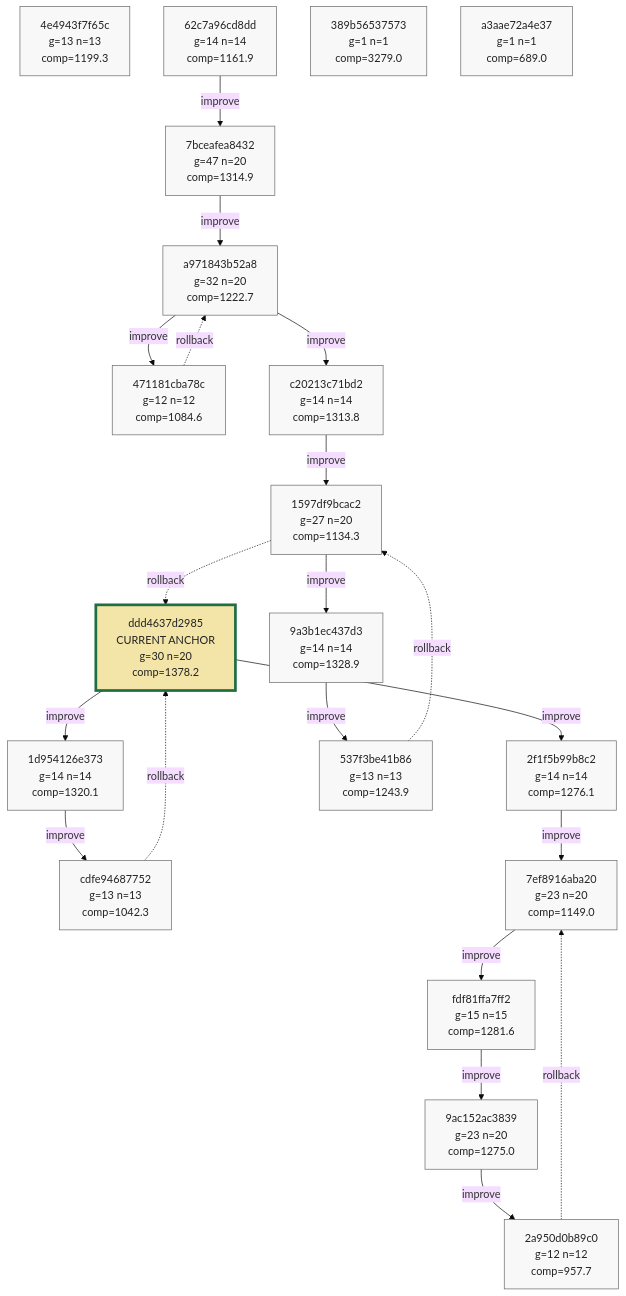
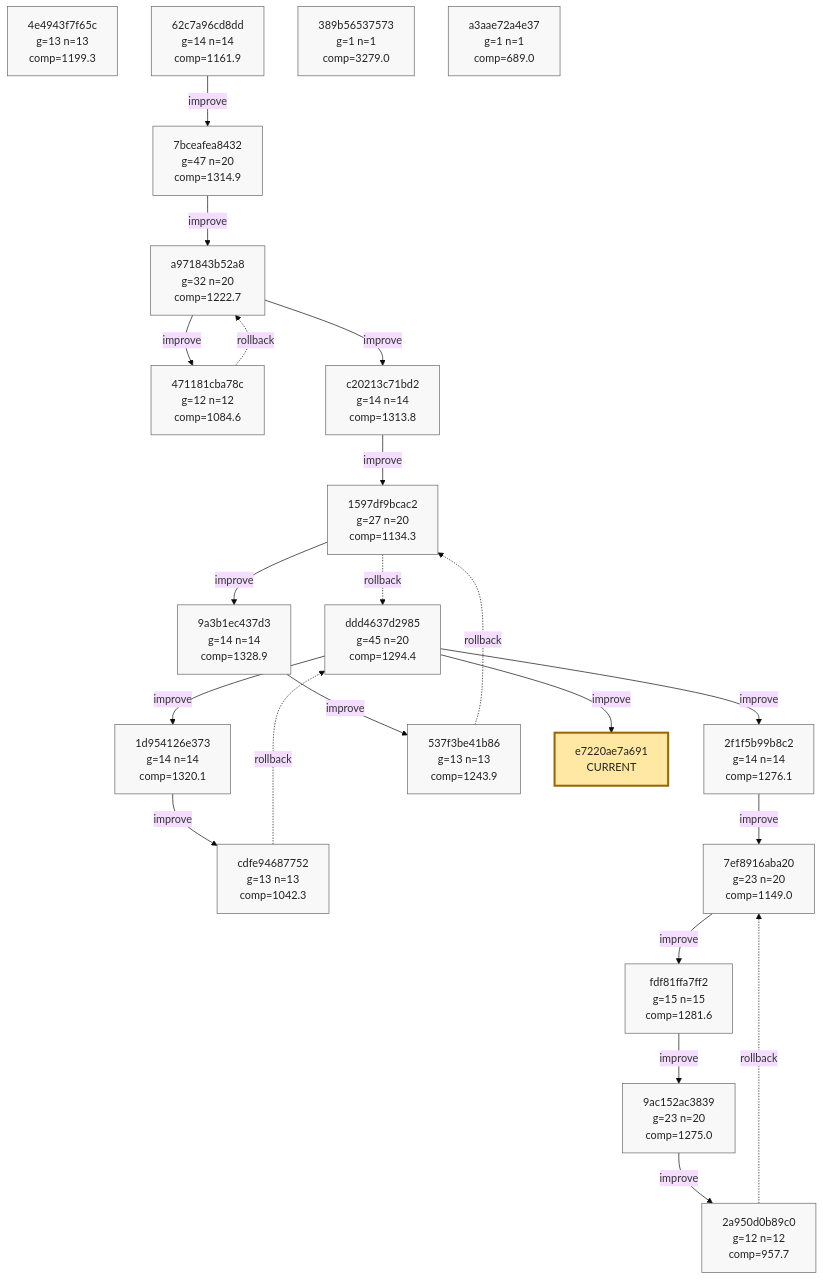
One commit to azumag/soviet_now changed the ninth of 9 diagrams in phyrogenetic-tree.md. Above: the diagram before and after it, drawn with Mermaid (base theme). The commit also changed other lines of this file and 2 other files, not shown here.

Commit message:
eloop Improve after 12 games (scores: 1470 1161 1264 1996 942 505 2300 1288 1531 2089 1165 1836)

````diff
--- a/phyrogenetic-tree.md
+++ b/phyrogenetic-tree.md
@@ -2231,67 +2232,70 @@
 ```mermaid
 flowchart TD
     h_4e4943f7f65c["4e4943f7f65c<br/>g=13 n=13<br/>comp=1199.3"]
-    h_ddd4637d2985["ddd4637d2985<br/>CURRENT ANCHOR<br/>g=30 n=20<br/>comp=1378.2"]
+    h_ddd4637d2985["ddd4637d2985<br/>g=45 n=20<br/>comp=1294.4"]
     h_1d954126e373["1d954126e373<br/>g=14 n=14<br/>comp=1320.1"]
     h_cdfe94687752["cdfe94687752<br/>g=13 n=13<br/>comp=1042.3"]
     h_2f1f5b99b8c2["2f1f5b99b8c2<br/>g=14 n=14<br/>comp=1276.1"]
     h_7ef8916aba20["7ef8916aba20<br/>g=23 n=20<br/>comp=1149.0"]
     h_fdf81ffa7ff2["fdf81ffa7ff2<br/>g=15 n=15<br/>comp=1281.6"]
     h_9ac152ac3839["9ac152ac3839<br/>g=23 n=20<br/>comp=1275.0"]
     h_2a950d0b89c0["2a950d0b89c0<br/>g=12 n=12<br/>comp=957.7"]
     h_62c7a96cd8dd["62c7a96cd8dd<br/>g=14 n=14<br/>comp=1161.9"]
     h_7bceafea8432["7bceafea8432<br/>g=47 n=20<br/>comp=1314.9"]
     h_a971843b52a8["a971843b52a8<br/>g=32 n=20<br/>comp=1222.7"]
     h_471181cba78c["471181cba78c<br/>g=12 n=12<br/>comp=1084.6"]
     h_c20213c71bd2["c20213c71bd2<br/>g=14 n=14<br/>comp=1313.8"]
     h_1597df9bcac2["1597df9bcac2<br/>g=27 n=20<br/>comp=1134.3"]
     h_9a3b1ec437d3["9a3b1ec437d3<br/>g=14 n=14<br/>comp=1328.9"]
     h_537f3be41b86["537f3be41b86<br/>g=13 n=13<br/>comp=1243.9"]
     h_389b56537573["389b56537573<br/>g=1 n=1<br/>comp=3279.0"]
     h_a3aae72a4e37["a3aae72a4e37<br/>g=1 n=1<br/>comp=689.0"]
+    h_e7220ae7a691["e7220ae7a691<br/>CURRENT"]
 
     h_ddd4637d2985 -->|improve| h_1d954126e373
     h_1d954126e373 -->|improve| h_cdfe94687752
     h_cdfe94687752 -. rollback .-> h_ddd4637d2985
     h_ddd4637d2985 -->|improve| h_2f1f5b99b8c2
     h_2f1f5b99b8c2 -->|improve| h_7ef8916aba20
     h_7ef8916aba20 -->|improve| h_fdf81ffa7ff2
     h_fdf81ffa7ff2 -->|improve| h_9ac152ac3839
     h_9ac152ac3839 -->|improve| h_2a950d0b89c0
     h_2a950d0b89c0 -. rollback .-> h_7ef8916aba20
     h_62c7a96cd8dd -->|improve| h_7bceafea8432
     h_7bceafea8432 -->|improve| h_a971843b52a8
     h_a971843b52a8 -->|improve| h_471181cba78c
     h_471181cba78c -. rollback .-> h_a971843b52a8
     h_a971843b52a8 -->|improve| h_c20213c71bd2
     h_c20213c71bd2 -->|improve| h_1597df9bcac2
     h_1597df9bcac2 -->|improve| h_9a3b1ec437d3
     h_9a3b1ec437d3 -->|improve| h_537f3be41b86
     h_537f3be41b86 -. rollback .-> h_1597df9bcac2
     h_1597df9bcac2 -. rollback .-> h_ddd4637d2985
+    h_ddd4637d2985 -->|improve| h_e7220ae7a691
 
     classDef plain fill:#f8f8f8,stroke:#666,stroke-width:1px,color:#222;
     classDef current fill:#ffe8a3,stroke:#9a6700,stroke-width:3px,color:#222;
     classDef anchor fill:#d7f5dd,stroke:#1f6f43,stroke-width:3px,color:#222;
     classDef current_anchor fill:#f3e4a8,stroke:#1f6f43,stroke-width:4px,color:#222;
 
     class h_4e4943f7f65c plain;
-    class h_ddd4637d2985 current_anchor;
+    class h_ddd4637d2985 plain;
     class h_1d954126e373 plain;
     class h_cdfe94687752 plain;
     class h_2f1f5b99b8c2 plain;
     class h_7ef8916aba20 plain;
     class h_fdf81ffa7ff2 plain;
     class h_9ac152ac3839 plain;
     class h_2a950d0b89c0 plain;
     class h_62c7a96cd8dd plain;
     class h_7bceafea8432 plain;
     class h_a971843b52a8 plain;
     class h_471181cba78c plain;
     class h_c20213c71bd2 plain;
     class h_1597df9bcac2 plain;
     class h_9a3b1ec437d3 plain;
     class h_537f3be41b86 plain;
     class h_389b56537573 plain;
     class h_a3aae72a4e37 plain;
+    class h_e7220ae7a691 current;
 ```
````
